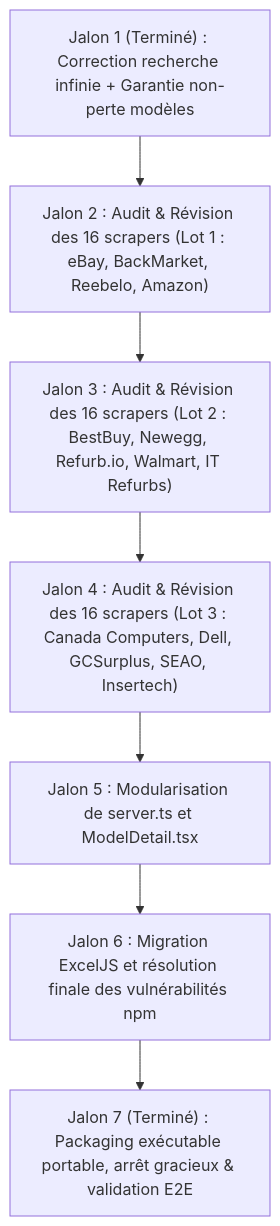
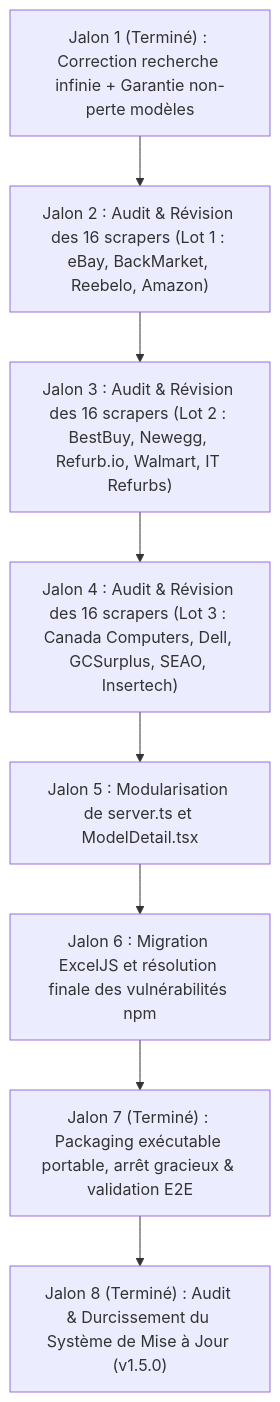
One commit to Bountam/evaluateur-de-prix changed the diagram in PLAN_DEVELOPPEMENT.md. Above: the diagram before and after it, drawn with Mermaid. The commit also changed other lines of this file and 1 other file, not shown here.

Commit message:
docs: mise a jour de la documentation pour le Jalon 8 et la release v1.5.0

````diff
--- a/PLAN_DEVELOPPEMENT.md
+++ b/PLAN_DEVELOPPEMENT.md
@@ -128,12 +128,13 @@
 ```mermaid
 flowchart TD
     M1["Jalon 1 (Terminé) : Correction recherche infinie + Garantie non-perte modèles"]
     M2["Jalon 2 : Audit & Révision des 16 scrapers (Lot 1 : eBay, BackMarket, Reebelo, Amazon)"]
     M3["Jalon 3 : Audit & Révision des 16 scrapers (Lot 2 : BestBuy, Newegg, Refurb.io, Walmart, IT Refurbs)"]
     M4["Jalon 4 : Audit & Révision des 16 scrapers (Lot 3 : Canada Computers, Dell, GCSurplus, SEAO, Insertech)"]
     M5["Jalon 5 : Modularisation de server.ts et ModelDetail.tsx"]
     M6["Jalon 6 : Migration ExcelJS et résolution finale des vulnérabilités npm"]
     M7["Jalon 7 (Terminé) : Packaging exécutable portable, arrêt gracieux & validation E2E"]
+    M8["Jalon 8 (Terminé) : Audit & Durcissement du Système de Mise à Jour (v1.5.0)"]
 
-    M1 --> M2 --> M3 --> M4 --> M5 --> M6 --> M7
+    M1 --> M2 --> M3 --> M4 --> M5 --> M6 --> M7 --> M8
 ```
````
